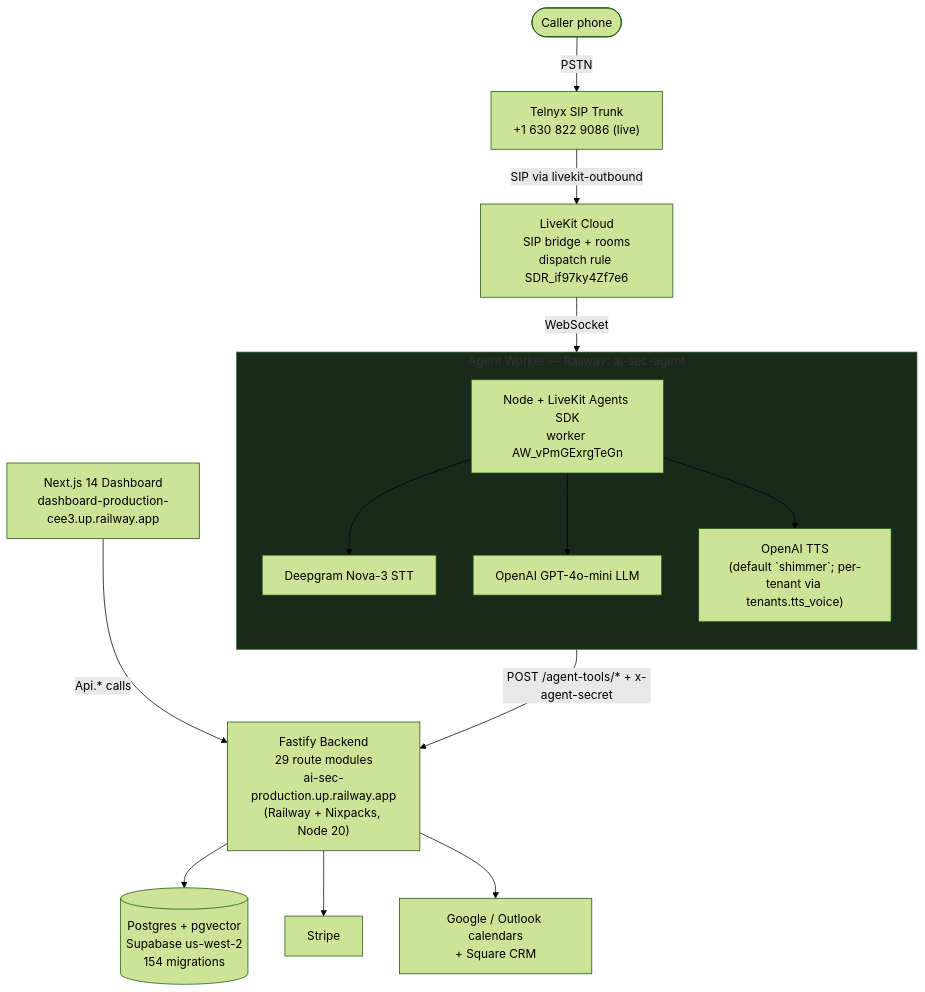
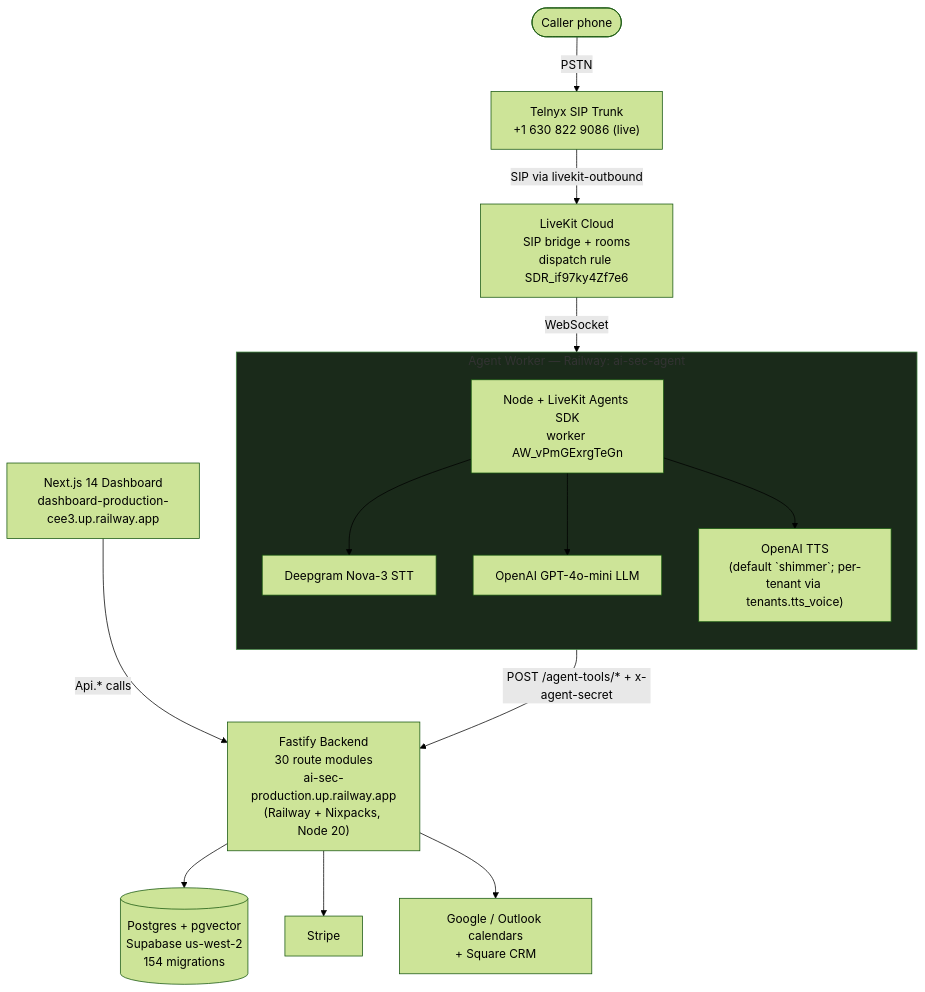
The first of 11 diagrams in docs/DIAGRAMS.md (ddemott/ai-sec), drawn with Mermaid (forest theme) before and after one commit. The commit also changed 8 other files, not shown here.

````diff
--- a/docs/DIAGRAMS.md
+++ b/docs/DIAGRAMS.md
@@ -27,37 +27,37 @@
 ```mermaid
 flowchart TB
   Caller([Caller phone])
   Telnyx["Telnyx SIP Trunk<br/>+1 630 822 9086 (live)"]
   Caller -->|PSTN| Telnyx
 
   LiveKit["LiveKit Cloud<br/>SIP bridge + rooms<br/>dispatch rule SDR_if97ky4Zf7e6"]
   Telnyx -->|SIP via livekit-outbound| LiveKit
 
   subgraph agentBox["Agent Worker — Railway: ai-sec-agent"]
     direction TB
     Agent["Node + LiveKit Agents SDK<br/>worker AW_vPmGExrgTeGn"]
     DG["Deepgram Nova-3 STT"]
     OAI["OpenAI GPT-4o-mini LLM"]
     TTS["OpenAI TTS<br/>(default `shimmer`; per-tenant via tenants.tts_voice)"]
     Agent --> DG
     Agent --> OAI
     Agent --> TTS
   end
 
   LiveKit -->|WebSocket| Agent
 
-  Fastify["Fastify Backend<br/>29 route modules<br/>ai-sec-production.up.railway.app<br/>(Railway + Nixpacks, Node 20)"]
+  Fastify["Fastify Backend<br/>30 route modules<br/>ai-sec-production.up.railway.app<br/>(Railway + Nixpacks, Node 20)"]
   Agent -->|POST /agent-tools/* + x-agent-secret| Fastify
 
   Postgres[("Postgres + pgvector<br/>Supabase us-west-2<br/>154 migrations")]
   Stripe["Stripe"]
   Integrations["Google / Outlook calendars<br/>+ Square CRM"]
   Dashboard["Next.js 14 Dashboard<br/>dashboard-production-cee3.up.railway.app"]
 
   Fastify --> Postgres
   Fastify --> Stripe
   Fastify --> Integrations
   Dashboard -->|Api.* calls| Fastify
 
   style agentBox fill:#1a2a1a,stroke:#484
 ```
````
